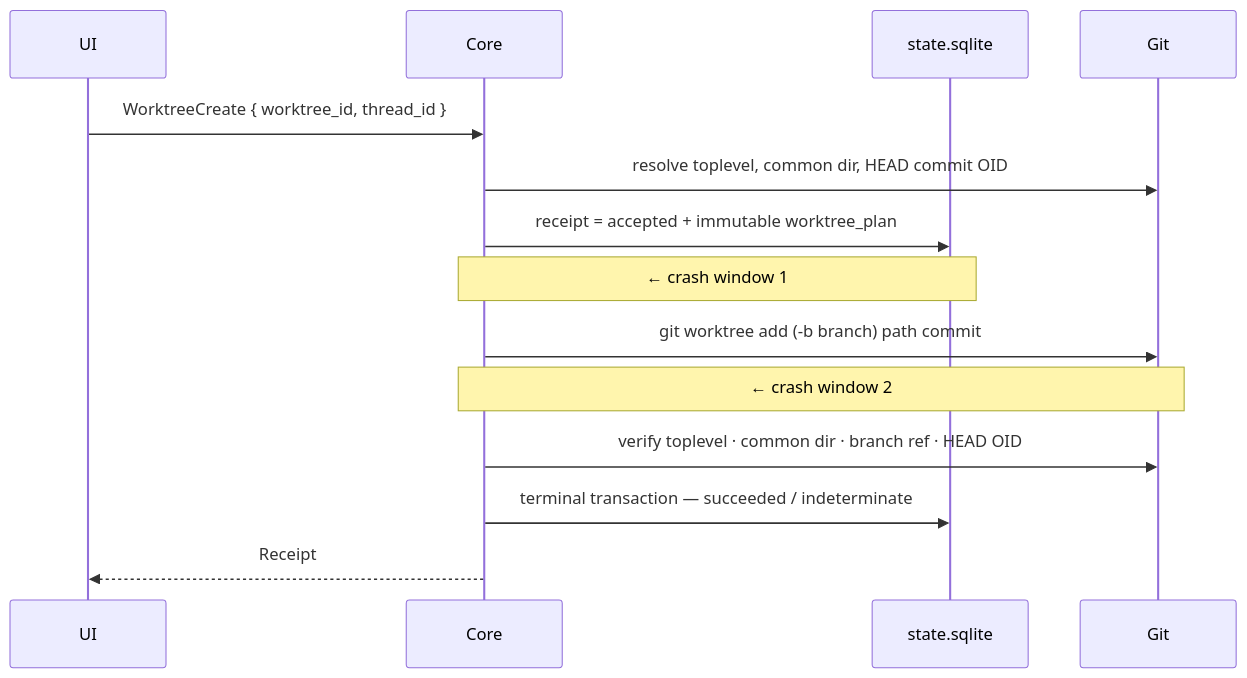
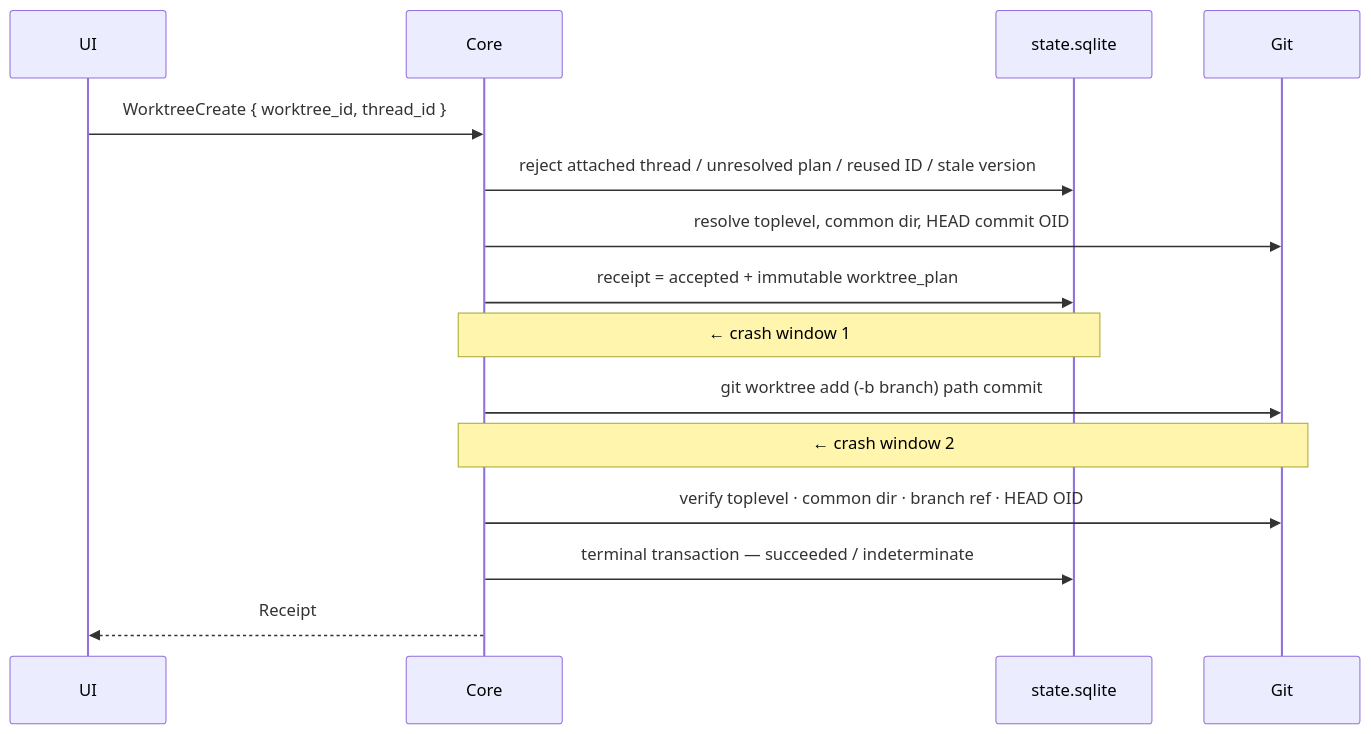
The second of 2 diagrams in docs/ARCHITECTURE.md (Viseriontarg/agent-world), drawn with Mermaid before and after one commit. The commit also changed other lines of this file and 8 other files, not shown here.

````diff
--- a/docs/ARCHITECTURE.md
+++ b/docs/ARCHITECTURE.md
@@ -121,17 +146,18 @@
 ```mermaid
 sequenceDiagram
     participant UI
     participant Core
     participant DB as state.sqlite
     participant Git
 
     UI->>Core: WorktreeCreate { worktree_id, thread_id }
+    Core->>DB: reject attached thread / unresolved plan / reused ID / stale version
     Core->>Git: resolve toplevel, common dir, HEAD commit OID
     Core->>DB: receipt = accepted + immutable worktree_plan
     Note over Core,DB: ← crash window 1
     Core->>Git: git worktree add (-b branch) path commit
     Note over Core,Git: ← crash window 2
     Core->>Git: verify toplevel · common dir · branch ref · HEAD OID
     Core->>DB: terminal transaction — succeeded / indeterminate
     Core-->>UI: Receipt
 ```
````
